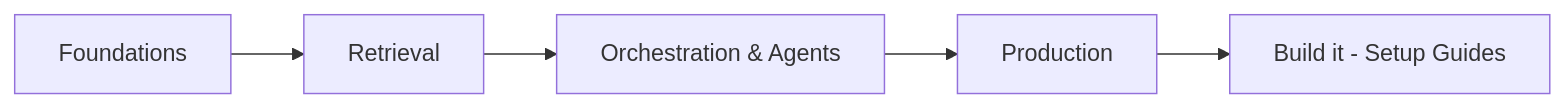
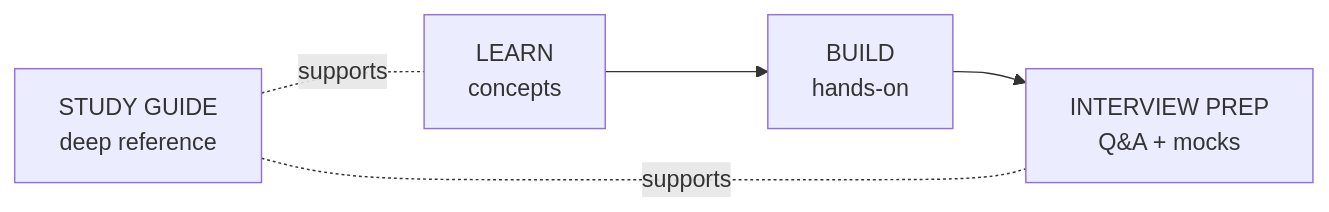
One commit to klnjoy/offerready changed the diagram in content/Start-Here/index.md. Above: the diagram before and after it, drawn with Mermaid. The commit also changed other lines of this file and 2 other files, not shown here.

Commit message:
Reorganize nav into Learn/Build/Interview Prep/Study Guide tabs; update Start Here study path

````diff
--- a/content/Start-Here/index.md
+++ b/content/Start-Here/index.md
@@ -18,7 +27,7 @@
 ```mermaid
 flowchart LR
-    F[Foundations] --> R[Retrieval]
-    R --> O[Orchestration & Agents]
-    O --> P[Production]
-    P --> BUILD[Build it - Setup Guides]
+    L[LEARN<br/>concepts] --> B[BUILD<br/>hands-on]
+    B --> P[INTERVIEW PREP<br/>Q&A + mocks]
+    SG[STUDY GUIDE<br/>deep reference] -.supports.- L
+    SG -.supports.- P
 ```
````
